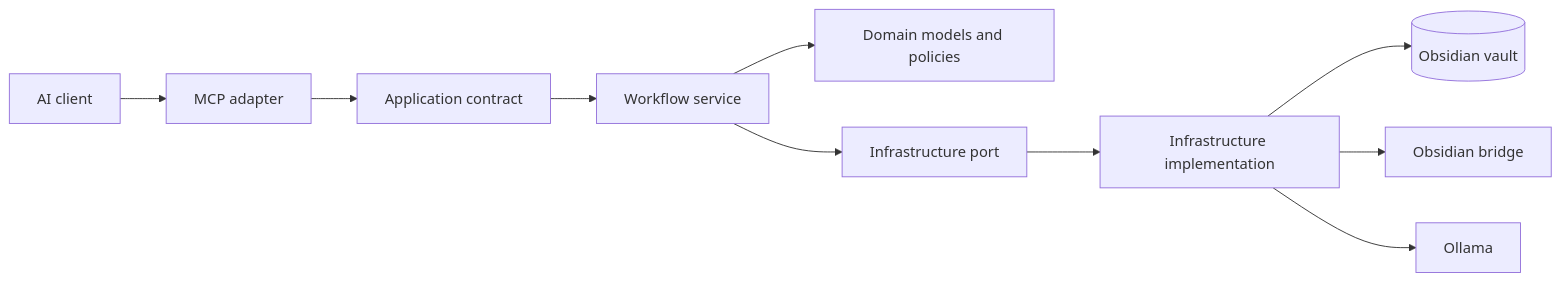
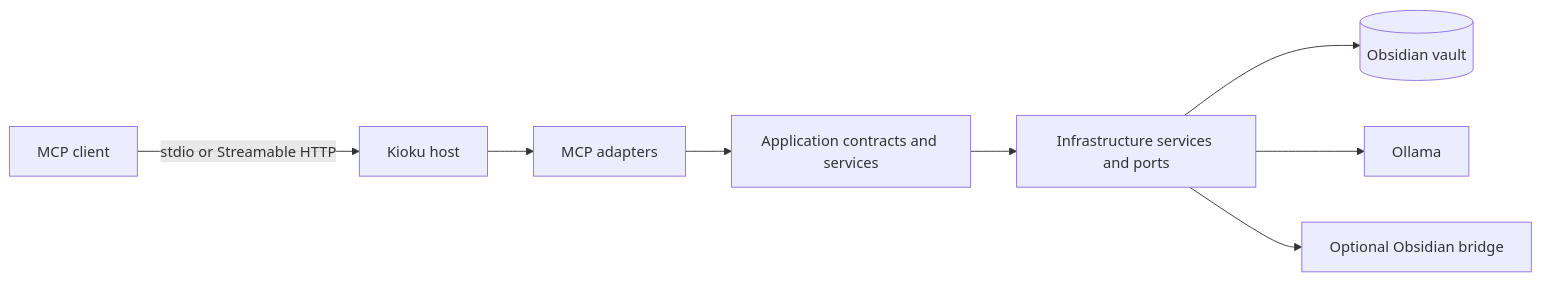
One commit to sandovaldavid/kioku changed the diagram in docs/architecture.md. Above: the diagram before and after it, drawn with Mermaid. The commit also changed other lines of this file and 20 other files, not shown here.

````diff
--- a/docs/architecture.md
+++ b/docs/architecture.md
@@ -12,12 +7,10 @@
 ```mermaid
 flowchart LR
-    Client[AI client] --> MCP[MCP adapter]
-    MCP --> App[Application contract]
-    App --> Workflow[Workflow service]
-    Workflow --> Domain[Domain models and policies]
-    Workflow --> Port[Infrastructure port]
-    Port --> Infra[Infrastructure implementation]
+    Client[MCP client] -->|stdio or Streamable HTTP| Host[Kioku host]
+    Host --> Adapter[MCP adapters]
+    Adapter --> App[Application contracts and services]
+    App --> Infra[Infrastructure services and ports]
     Infra --> Vault[(Obsidian vault)]
-    Infra --> Bridge[Obsidian bridge]
     Infra --> Ollama[Ollama]
+    Infra --> Bridge[Optional Obsidian bridge]
 ```
````
